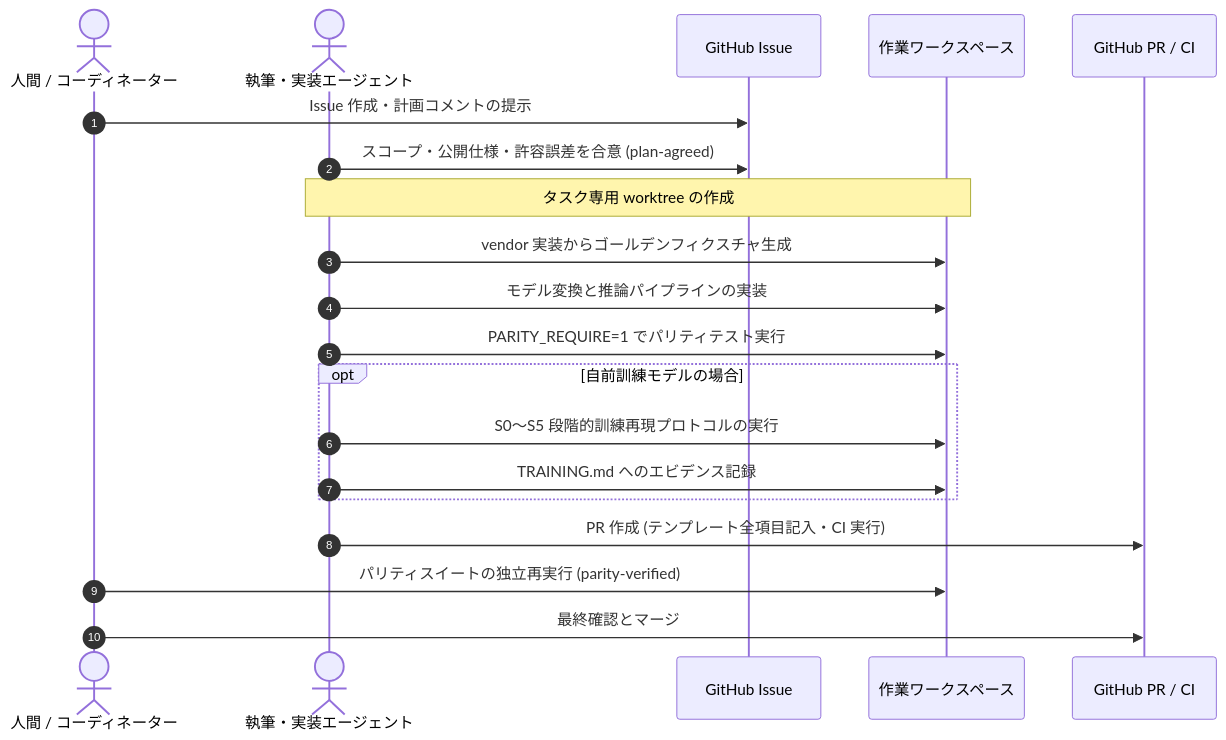
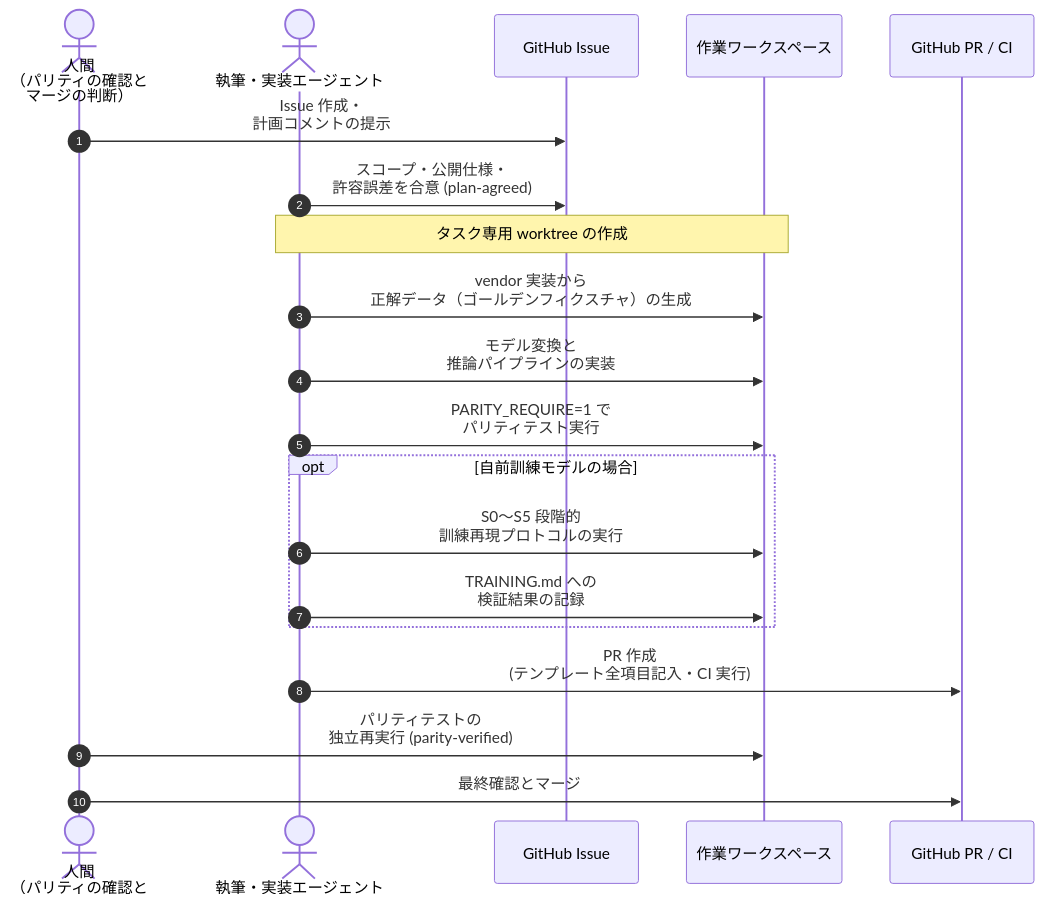
One commit to shunk031/zenn-contents changed the second of 3 diagrams in articles/design-generators-harness.md. Above: the diagram before and after it, drawn with Mermaid. The commit also changed other lines of this file, not shown here.

````diff
--- a/articles/design-generators-harness.md
+++ b/articles/design-generators-harness.md
@@ -139,23 +112,23 @@
 ```mermaid
 sequenceDiagram
     autonumber
-    actor Dev as 人間 / コーディネーター
+    actor Dev as 人間<br>（パリティの確認と<br>マージの判断）
     actor Agent as 執筆・実装エージェント
     participant Issue as GitHub Issue
     participant Worktree as 作業ワークスペース
     participant PR as GitHub PR / CI
 
-    Dev->>Issue: Issue 作成・計画コメントの提示
-    Agent->>Issue: スコープ・公開仕様・許容誤差を合意 (plan-agreed)
+    Dev->>Issue: Issue 作成・<br>計画コメントの提示
+    Agent->>Issue: スコープ・公開仕様・<br>許容誤差を合意 (plan-agreed)
     Note over Agent,Worktree: タスク専用 worktree の作成
-    Agent->>Worktree: vendor 実装からゴールデンフィクスチャ生成
-    Agent->>Worktree: モデル変換と推論パイプラインの実装
-    Agent->>Worktree: PARITY_REQUIRE=1 でパリティテスト実行
+    Agent->>Worktree: vendor 実装から<br>正解データ（ゴールデンフィクスチャ）の生成
+    Agent->>Worktree: モデル変換と<br>推論パイプラインの実装
+    Agent->>Worktree: PARITY_REQUIRE=1 で<br>パリティテスト実行
     opt 自前訓練モデルの場合
-        Agent->>Worktree: S0〜S5 段階的訓練再現プロトコルの実行
-        Agent->>Worktree: TRAINING.md へのエビデンス記録
+        Agent->>Worktree: S0〜S5 段階的<br>訓練再現プロトコルの実行
+        Agent->>Worktree: TRAINING.md への<br>検証結果の記録
     end
-    Agent->>PR: PR 作成 (テンプレート全項目記入・CI 実行)
-    Dev->>Worktree: パリティスイートの独立再実行 (parity-verified)
+    Agent->>PR: PR 作成<br>(テンプレート全項目記入・CI 実行)
+    Dev->>Worktree: パリティテストの<br>独立再実行 (parity-verified)
     Dev->>PR: 最終確認とマージ
 ```
````
